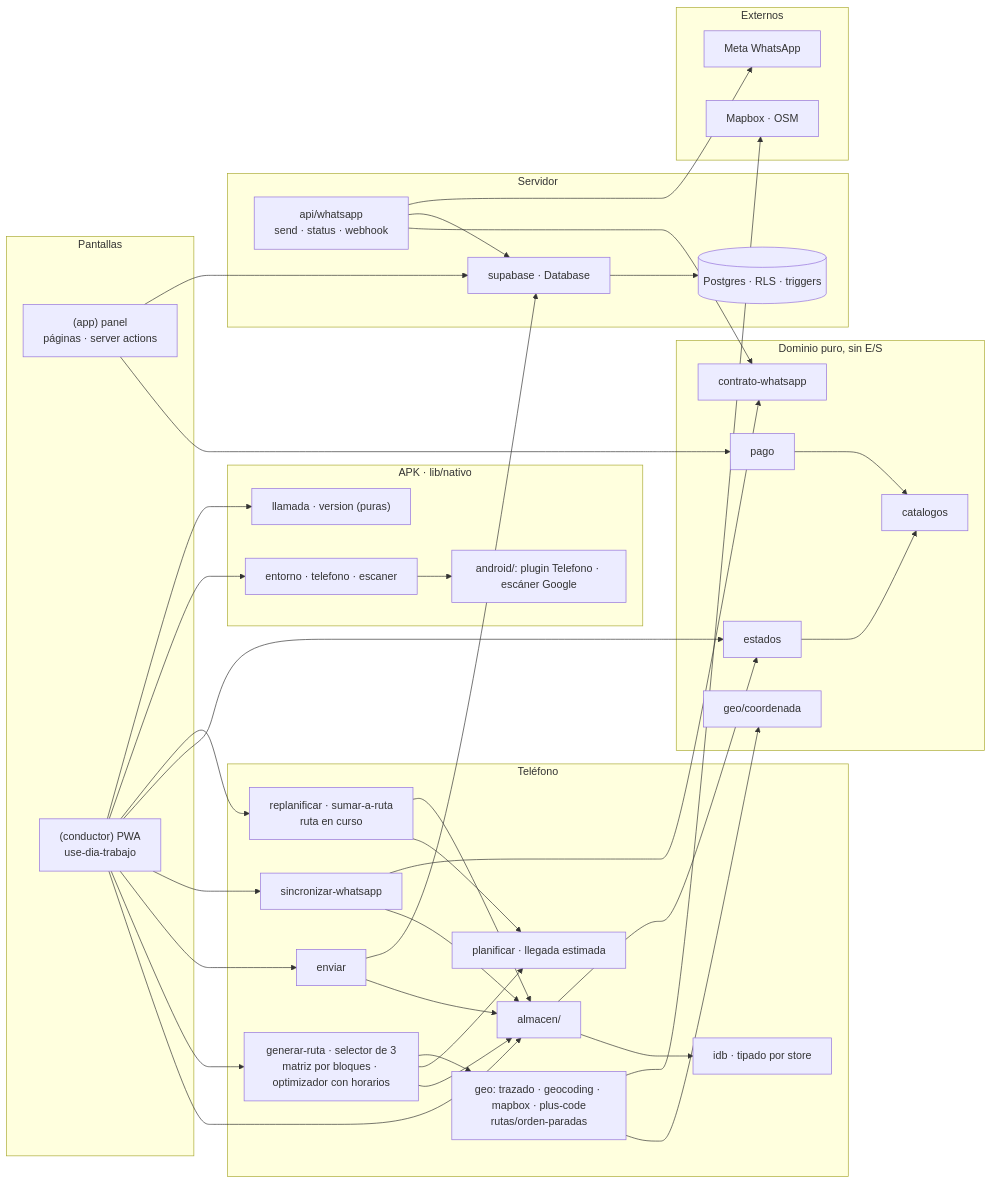
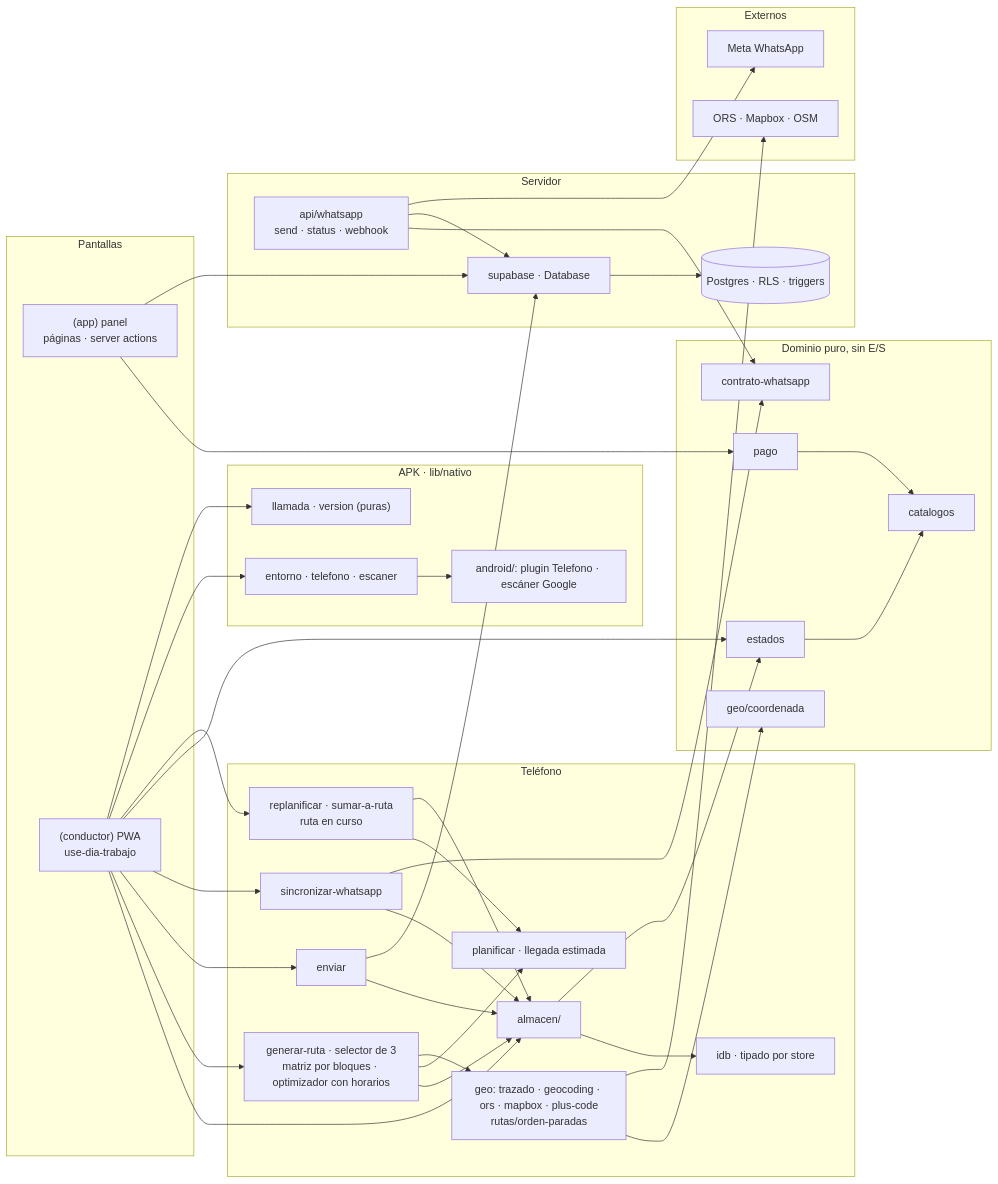
Before and after one commit to etianypr/ProyectoAres: the third of 3 diagrams in docs/CLASES.md, drawn with Mermaid. The commit also changed other lines of this file and 25 other files, not shown here.

````diff
--- a/docs/CLASES.md
+++ b/docs/CLASES.md
@@ -241,68 +241,68 @@
 ```mermaid
 flowchart LR
   subgraph UI["Pantallas"]
     panel["(app) panel<br/>páginas · server actions"]
     conductor["(conductor) PWA<br/>use-dia-trabajo"]
   end
   subgraph Dominio["Dominio puro, sin E/S"]
     catalogos["catalogos"]
     estados["estados"]
     pago["pago"]
     contrato["contrato-whatsapp"]
     coord["geo/coordenada"]
   end
   subgraph Telefono["Teléfono"]
     almacen["almacen/"]
     idb["idb · tipado por store"]
     generar["generar-ruta · selector de 3<br/>matriz por bloques · optimizador con horarios"]
     planificar["planificar · llegada estimada"]
     replan["replanificar · sumar-a-ruta<br/>ruta en curso"]
     enviar["enviar"]
     wsl["sincronizar-whatsapp"]
-    rutas["geo: trazado · geocoding · mapbox · plus-code<br/>rutas/orden-paradas"]
+    rutas["geo: trazado · geocoding · ors · mapbox · plus-code<br/>rutas/orden-paradas"]
   end
   subgraph Nativo["APK · lib/nativo"]
     nat["entorno · telefono · escaner"]
     llamada["llamada · version (puras)"]
     plugin["android/: plugin Telefono · escáner Google"]
   end
   subgraph Servidor["Servidor"]
     api["api/whatsapp<br/>send · status · webhook"]
     supa["supabase · Database"]
     pg[("Postgres · RLS · triggers")]
   end
   subgraph Externos["Externos"]
-    mapbox["Mapbox · OSM"]
+    mapbox["ORS · Mapbox · OSM"]
     meta["Meta WhatsApp"]
   end
   panel --> pago
   panel --> supa
   conductor --> almacen
   conductor --> generar
   conductor --> enviar
   conductor --> wsl
   conductor --> estados
   almacen --> idb
   almacen --> estados
   generar --> almacen
   generar --> planificar
   generar --> rutas
   conductor --> replan
   conductor --> nat
   conductor --> llamada
   nat --> plugin
   replan --> planificar
   replan --> almacen
   rutas --> coord
   rutas --> mapbox
   enviar --> almacen
   enviar --> supa
   wsl --> almacen
   wsl --> contrato
   api --> contrato
   api --> supa
   api --> meta
   supa --> pg
   estados --> catalogos
   pago --> catalogos
 ```
````
